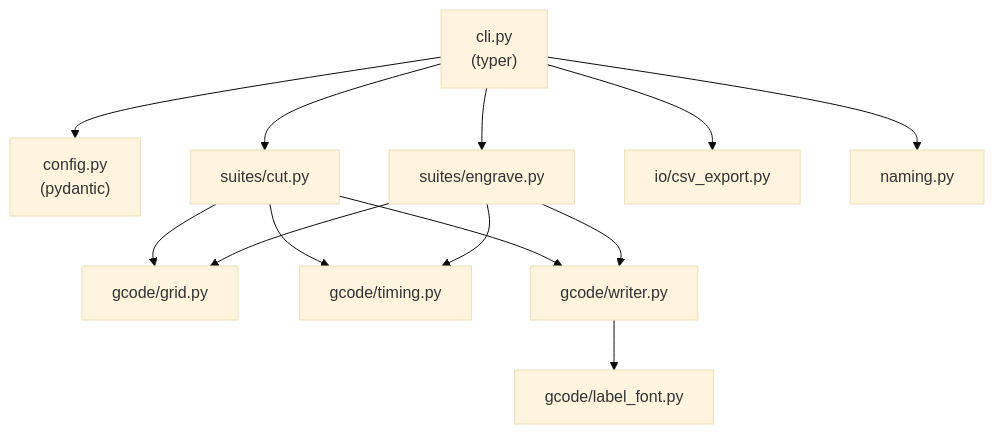
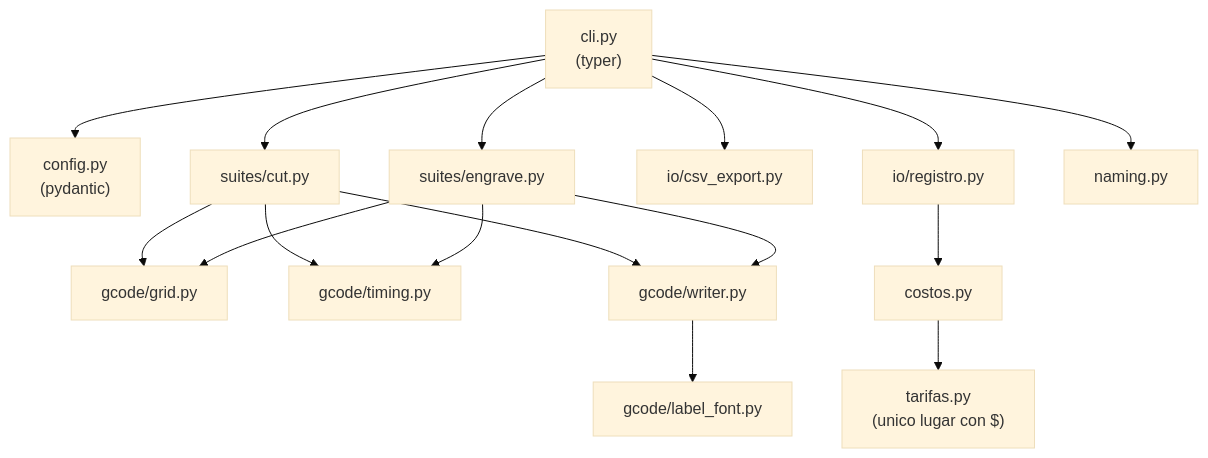
The diagram in README.md (Deivs117/PruebasCorteGrabadoLaser), drawn with Mermaid (base theme) before and after one commit. The commit also changed other lines of this file and 16 other files, not shown here.

````diff
--- a/README.md
+++ b/README.md
@@ -40,17 +42,21 @@
 ```mermaid
 flowchart TD
     CLI["cli.py<br/>(typer)"] --> CFG["config.py<br/>(pydantic)"]
     CLI --> SUITE_C["suites/cut.py"]
     CLI --> SUITE_G["suites/engrave.py"]
     CLI --> CSV["io/csv_export.py"]
+    CLI --> REG["io/registro.py"]
     CLI --> NAMING["naming.py"]
 
     SUITE_C --> GRID["gcode/grid.py"]
     SUITE_C --> TIMING["gcode/timing.py"]
     SUITE_C --> WRITER["gcode/writer.py"]
     SUITE_G --> GRID
     SUITE_G --> TIMING
     SUITE_G --> WRITER
 
     WRITER --> FONT["gcode/label_font.py"]
+
+    REG --> COSTOS["costos.py"]
+    COSTOS --> TARIFAS["tarifas.py<br/>(unico lugar con $)"]
 ```
````
